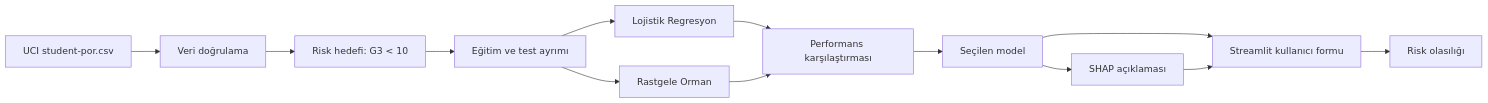
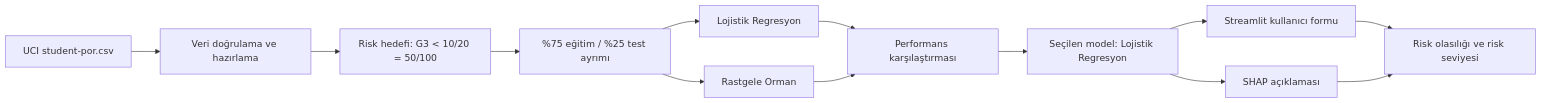
The diagram in README.md (ahmetardacengiz0-cpu/final-projesi-AhmetArda-Cengiz), drawn with Mermaid before and after one commit. The commit also changed other lines of this file, not shown here.

````diff
--- a/README.md
+++ b/README.md
@@ -50,15 +63,15 @@
 ```mermaid
 flowchart LR
-    A[UCI student-por.csv] --> B[Veri doğrulama]
-    B --> C[Risk hedefi: G3 < 10]
-    C --> D[Eğitim ve test ayrımı]
+    A[UCI student-por.csv] --> B[Veri doğrulama ve hazırlama]
+    B --> C["Risk hedefi: G3 < 10/20 = 50/100"]
+    C --> D["%75 eğitim / %25 test ayrımı"]
     D --> E[Lojistik Regresyon]
     D --> F[Rastgele Orman]
     E --> G[Performans karşılaştırması]
     F --> G
-    G --> H[Seçilen model]
+    G --> H[Seçilen model: Lojistik Regresyon]
     H --> I[Streamlit kullanıcı formu]
-    I --> J[Risk olasılığı]
+    I --> J[Risk olasılığı ve risk seviyesi]
     H --> K[SHAP açıklaması]
-    K --> I
+    K --> J
 ```
````
